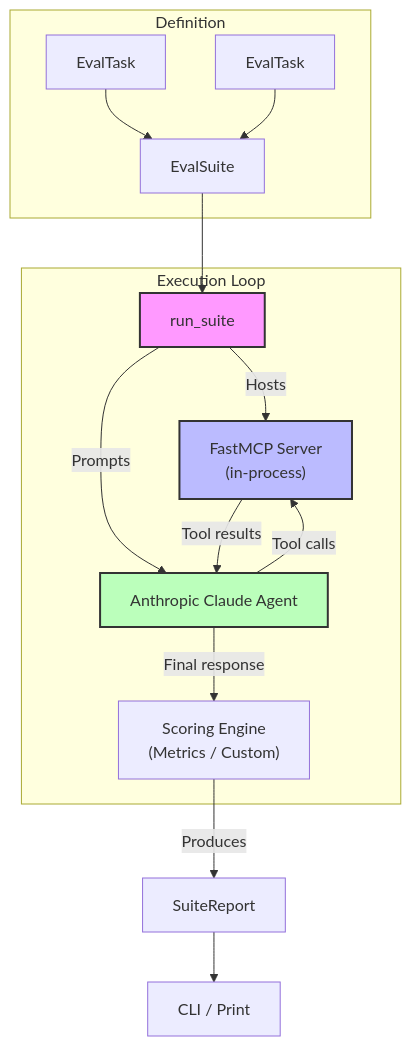
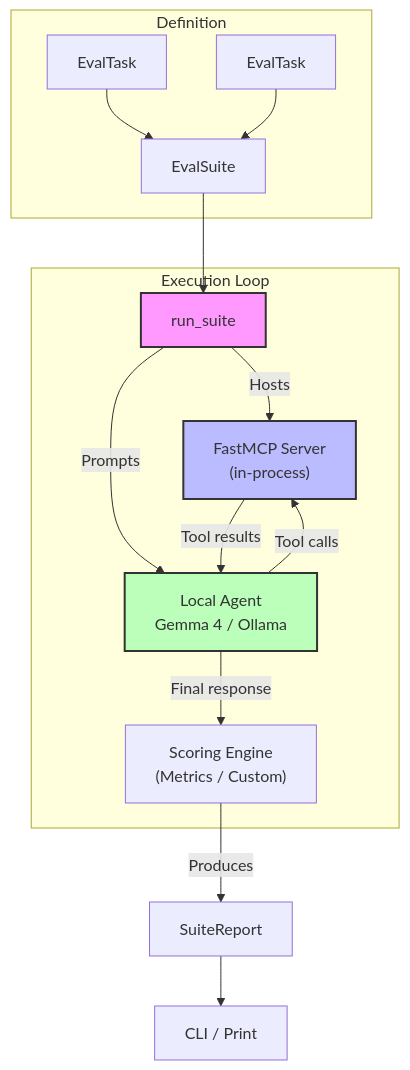
The first of 2 diagrams in architecture.md (rvishravars/consequence), drawn with Mermaid before and after one commit. The commit also changed other lines of this file and 5 other files, not shown here.

Commit message:
feat: replace anthropic with openai-compatible client for local gemma 4 support

````diff
--- a/architecture.md
+++ b/architecture.md
@@ -9,26 +9,26 @@
 ```mermaid
 flowchart TD
     subgraph Definition
         Task1[EvalTask] --> Suite[EvalSuite]
         Task2[EvalTask] --> Suite
     end
 
     Suite --> Runner[run_suite]
     
     subgraph Execution Loop
         Runner -- "Hosts" --> MCP["FastMCP Server<br/>(in-process)"]
-        Runner -- "Prompts" --> Agent[Anthropic Claude Agent]
+        Runner -- "Prompts" --> Agent[Local Agent<br/>Gemma 4 / Ollama]
         
         Agent -- "Tool calls" --> MCP
         MCP -- "Tool results" --> Agent
         
         Agent -- "Final response" --> Scorer["Scoring Engine<br/>(Metrics / Custom)"]
     end
     
     Scorer -- "Produces" --> Report[SuiteReport]
     Report --> Output[CLI / Print]
 
     style Runner fill:#f9f,stroke:#333,stroke-width:2px
     style Agent fill:#bfb,stroke:#333,stroke-width:2px
     style MCP fill:#bbf,stroke:#333,stroke-width:2px
 ```
````
